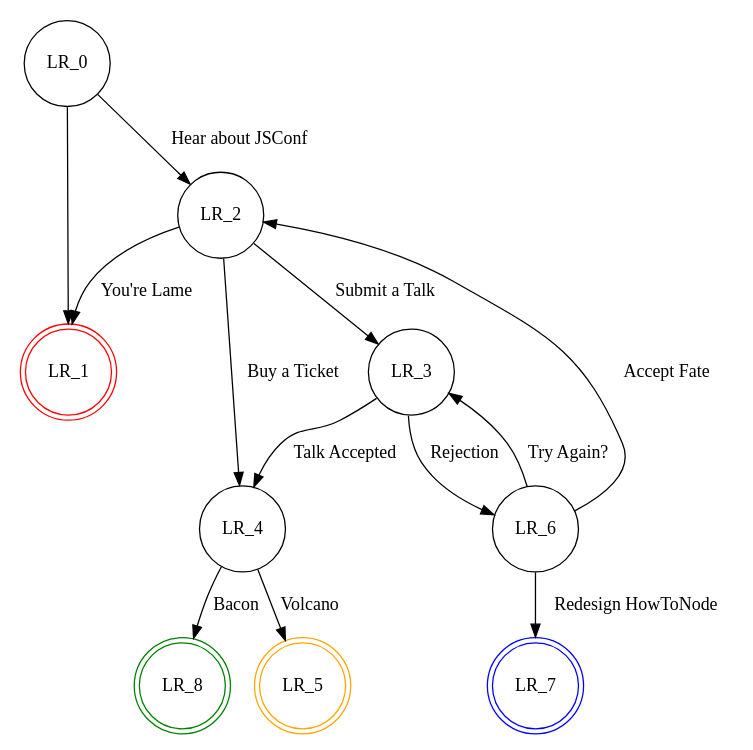
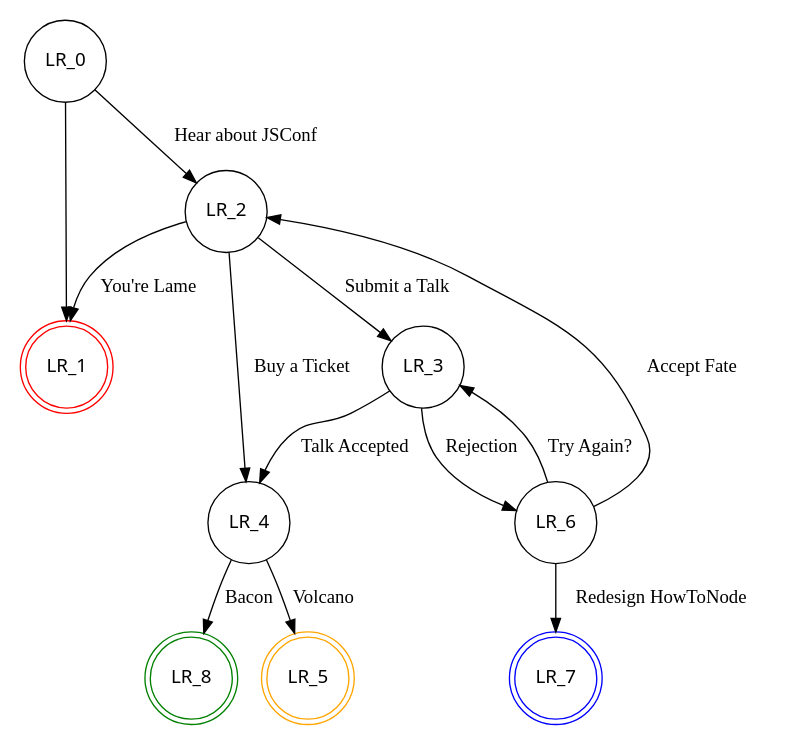
Before and after one commit to creationix/howtonode.org: the diagram in articles/volcano-wheat/graph.dot, drawn with Graphviz. The commit also changed 20 other files, not shown here.

```diff
--- a/articles/volcano-wheat/graph.dot
+++ b/articles/volcano-wheat/graph.dot
@@ -1,21 +1,22 @@
 digraph finite_state_machine {
 	size="8,5"
+	node [fontname=Sans]
 	node [shape = doublecircle]; 
 	LR_1[color=red]
 	LR_7[color=blue]
 	LR_8[color=green]
 	LR_5[color=orange]
 	node [shape = circle];
 	LR_0 -> LR_2 [ label = "Hear about JSConf" ];
 	LR_0 -> LR_1;
 	LR_2 -> LR_1 [ label = "You're Lame" ];
 	LR_2 -> LR_3 [ label = "Submit a Talk" ];
 	LR_2 -> LR_4 [ label = "Buy a Ticket" ];
 	LR_3 -> LR_4 [ label = "Talk Accepted" ];
 	LR_3 -> LR_6 [ label = "Rejection" ];
 	LR_4 -> LR_5 [ label = "Volcano" ];
 	LR_4 -> LR_8 [ label = "Bacon" ];
 	LR_6 -> LR_3 [ label = "Try Again?" ];
 	LR_6 -> LR_2 [ label = "Accept Fate" ];
 	LR_6 -> LR_7 [ label = "Redesign HowToNode" ];
 }
```
